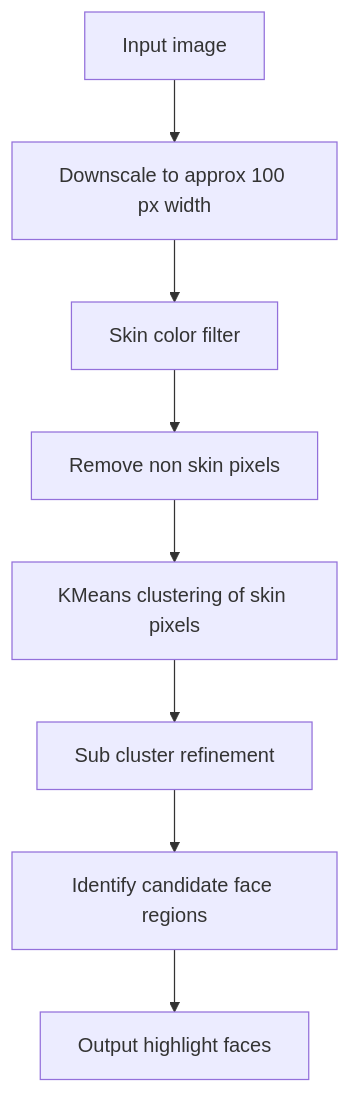
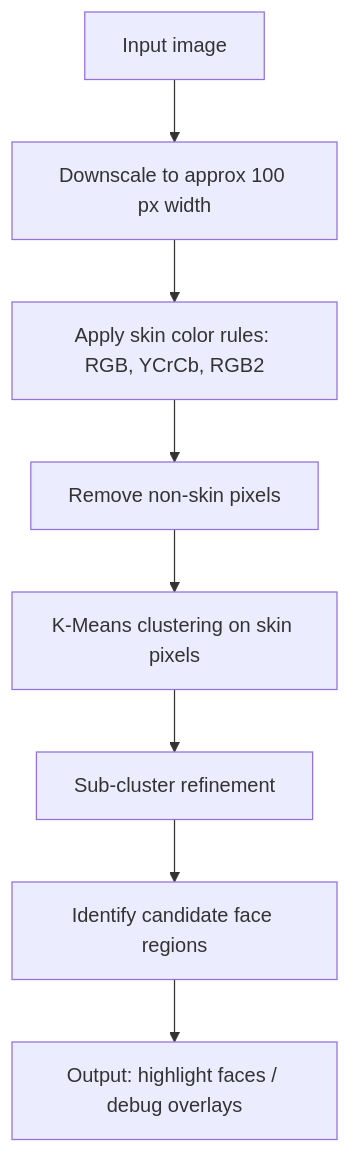
One commit to andrekreativ/IA-FaceDetection-Nov2008 changed the diagram in README.md. Above: the diagram before and after it, drawn with Mermaid. The commit also changed other lines of this file, not shown here.

````diff
--- a/README.md
+++ b/README.md
@@ -84,10 +87,10 @@
 ```mermaid
 flowchart TD
     A[Input image] --> B[Downscale to approx 100 px width]
-    B --> C[Skin color filter]
-    C --> D[Remove non skin pixels]
-    D --> E[KMeans clustering of skin pixels]
-    E --> F[Sub cluster refinement]
+    B --> C[Apply skin color rules: RGB, YCrCb, RGB2]
+    C --> D[Remove non-skin pixels]
+    D --> E[K-Means clustering on skin pixels]
+    E --> F[Sub-cluster refinement]
     F --> G[Identify candidate face regions]
-    G --> H[Output highlight faces]
+    G --> H[Output: highlight faces / debug overlays]
 ```
````
